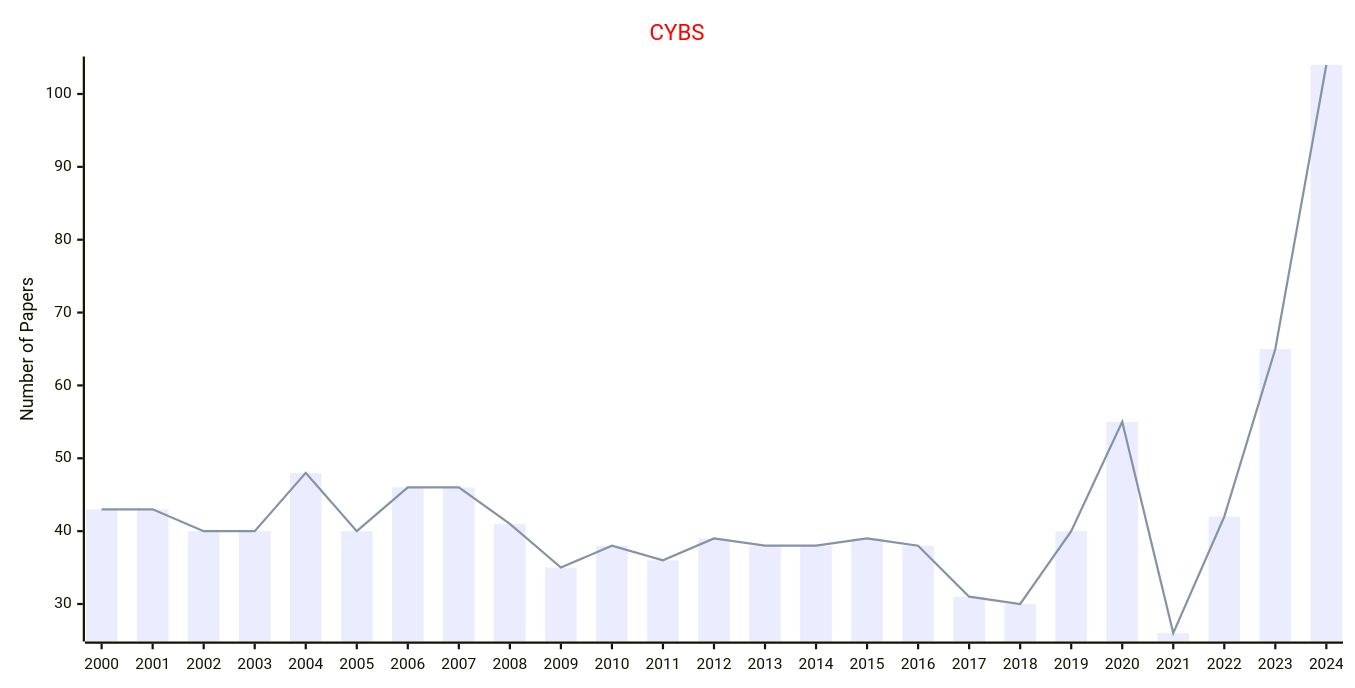
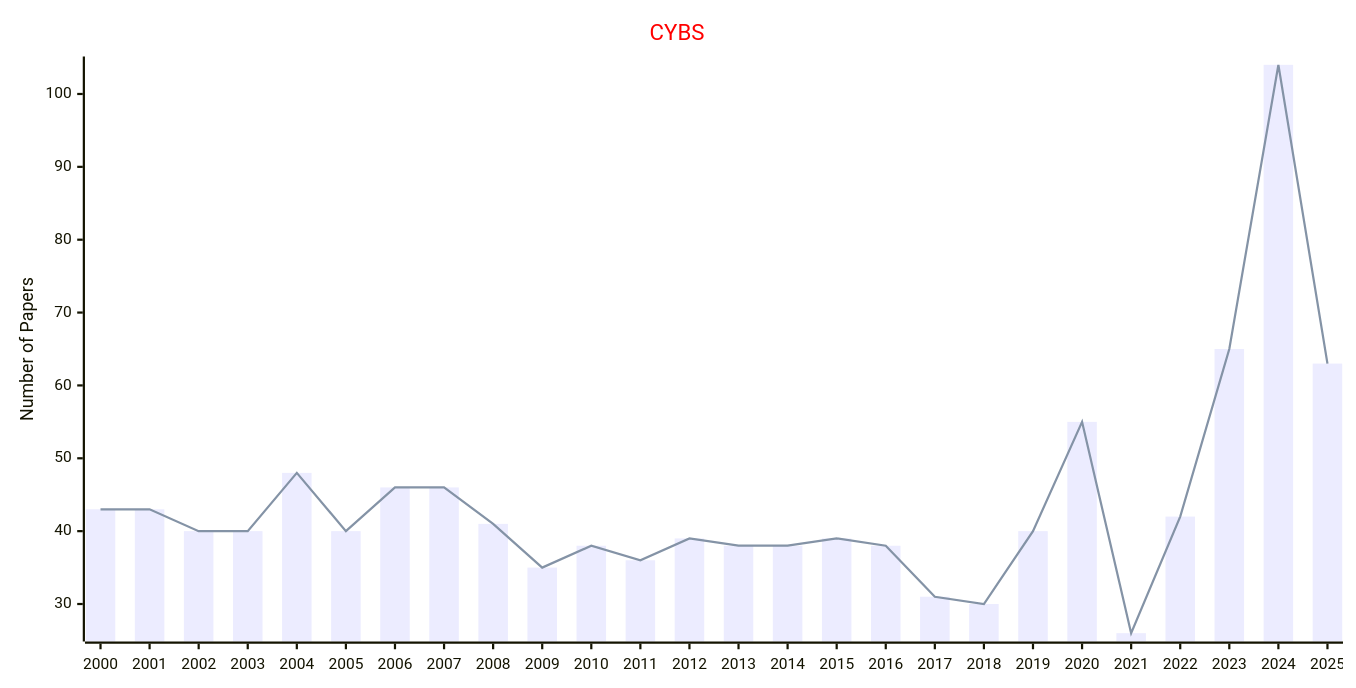
The eighth of 8 diagrams in docs/data/Journals/Statistics_Journals/Cybernetics.md (Easy-PhD/AILinks), drawn with Mermaid before and after one commit. The commit also changed 93 other files, not shown here.

````diff
--- a/docs/data/Journals/Statistics_Journals/Cybernetics.md
+++ b/docs/data/Journals/Statistics_Journals/Cybernetics.md
@@ -177,17 +177,17 @@
 ```mermaid
 ---
 config:
     xyChart:
         width: 1200
         height: 600
     themeVariables:
         xyChart:
             titleColor: "#ff0000"
 ---
 xychart-beta
     title "CYBS"
-    x-axis [2000, 2001, 2002, 2003, 2004, 2005, 2006, 2007, 2008, 2009, 2010, 2011, 2012, 2013, 2014, 2015, 2016, 2017, 2018, 2019, 2020, 2021, 2022, 2023, 2024]
+    x-axis [2000, 2001, 2002, 2003, 2004, 2005, 2006, 2007, 2008, 2009, 2010, 2011, 2012, 2013, 2014, 2015, 2016, 2017, 2018, 2019, 2020, 2021, 2022, 2023, 2024, 2025]
     y-axis "Number of Papers"
-    bar [43, 43, 40, 40, 48, 40, 46, 46, 41, 35, 38, 36, 39, 38, 38, 39, 38, 31, 30, 40, 55, 26, 42, 65, 104]
-    line [43, 43, 40, 40, 48, 40, 46, 46, 41, 35, 38, 36, 39, 38, 38, 39, 38, 31, 30, 40, 55, 26, 42, 65, 104]
+    bar [43, 43, 40, 40, 48, 40, 46, 46, 41, 35, 38, 36, 39, 38, 38, 39, 38, 31, 30, 40, 55, 26, 42, 65, 104, 63]
+    line [43, 43, 40, 40, 48, 40, 46, 46, 41, 35, 38, 36, 39, 38, 38, 39, 38, 31, 30, 40, 55, 26, 42, 65, 104, 63]
 ```
````
